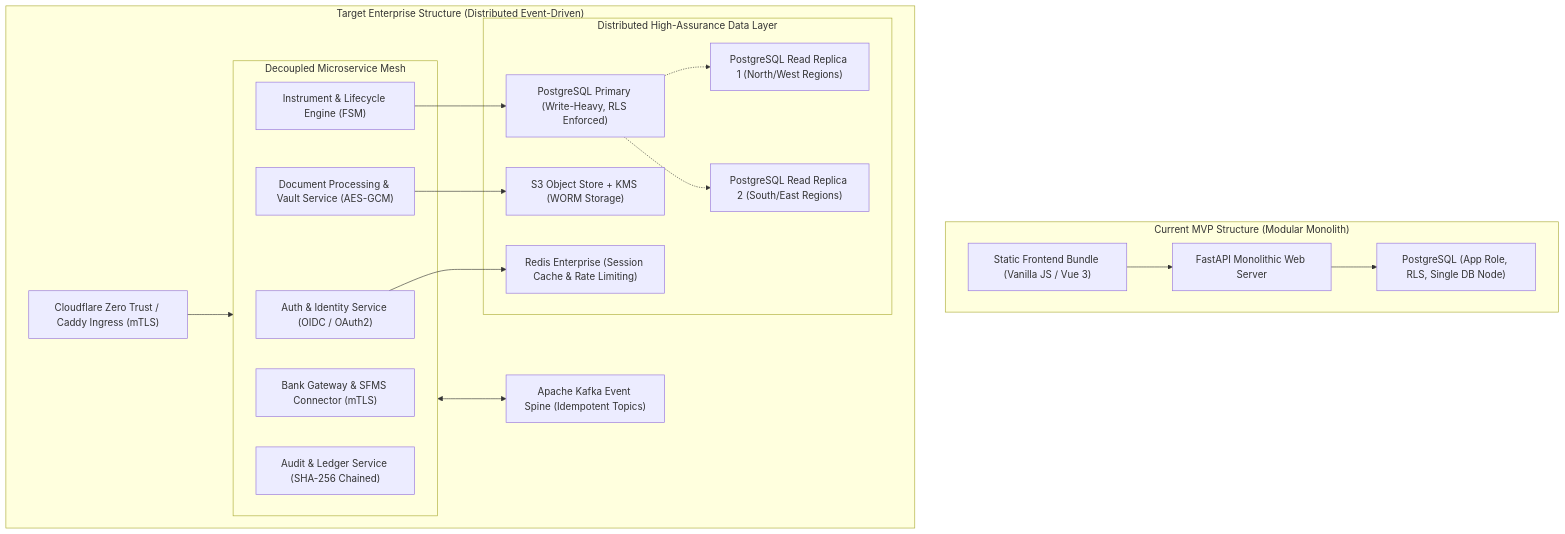
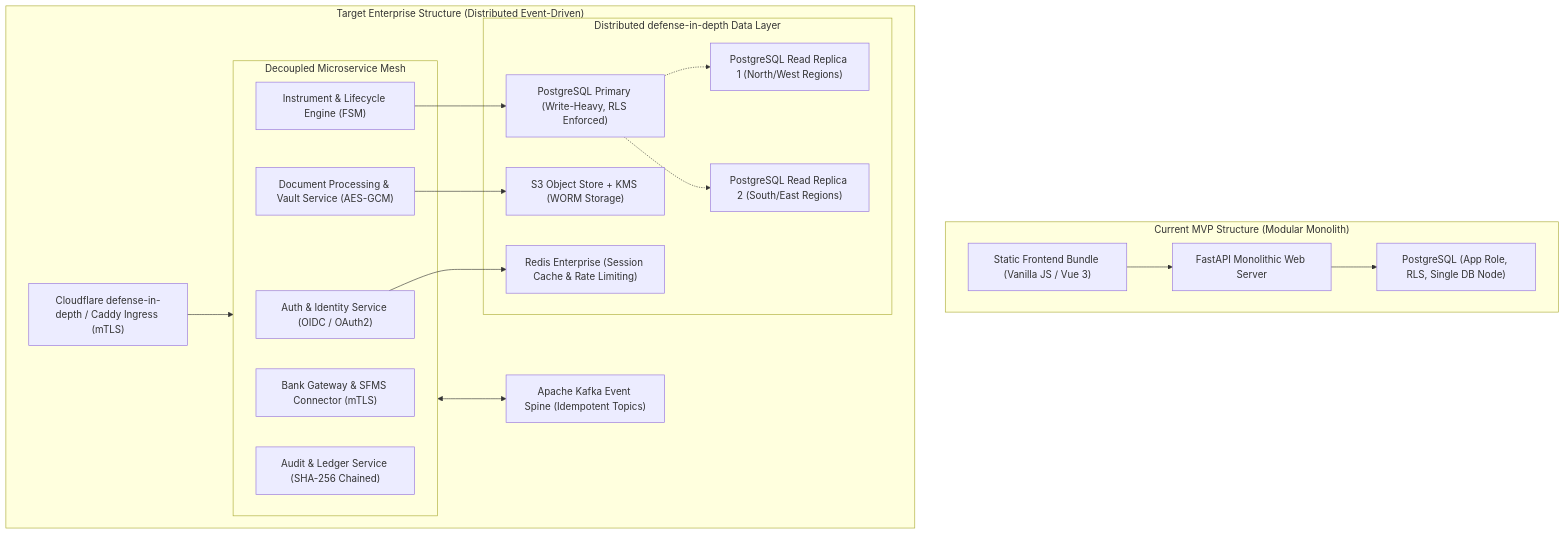
One commit to Sidd2721/AICTE- changed the second of 5 diagrams in docs/IMPACTS_IMPROVEMENTS_SECURITY_FRAUD_PREVENTION.md. Above: the diagram before and after it, drawn with Mermaid. The commit also changed other lines of this file and 24 other files, not shown here.

````diff
--- a/docs/IMPACTS_IMPROVEMENTS_SECURITY_FRAUD_PREVENTION.md
+++ b/docs/IMPACTS_IMPROVEMENTS_SECURITY_FRAUD_PREVENTION.md
@@ -92,40 +92,40 @@
 ```mermaid
 graph TB
     subgraph Current_MVP ["Current MVP Structure (Modular Monolith)"]
         FastAPI_App["FastAPI Monolithic Web Server"]
         Postgres_Single["PostgreSQL (App Role, RLS, Single DB Node)"]
         Vue_Frontend["Static Frontend Bundle (Vanilla JS / Vue 3)"]
         FastAPI_App --> Postgres_Single
         Vue_Frontend --> FastAPI_App
     end
 
     subgraph Target_Enterprise ["Target Enterprise Structure (Distributed Event-Driven)"]
-        Ingress["Cloudflare Zero Trust / Caddy Ingress (mTLS)"]
+        Ingress["Cloudflare defense-in-depth / Caddy Ingress (mTLS)"]
         
         subgraph Services ["Decoupled Microservice Mesh"]
             Auth_Svc["Auth & Identity Service (OIDC / OAuth2)"]
             Doc_Svc["Document Processing & Vault Service (AES-GCM)"]
             Bank_Svc["Bank Gateway & SFMS Connector (mTLS)"]
             Core_Svc["Instrument & Lifecycle Engine (FSM)"]
             Audit_Svc["Audit & Ledger Service (SHA-256 Chained)"]
         end
         
         Kafka_Bus["Apache Kafka Event Spine (Idempotent Topics)"]
         
-        subgraph Storage_Layer ["Distributed High-Assurance Data Layer"]
+        subgraph Storage_Layer ["Distributed defense-in-depth Data Layer"]
             PG_Primary["PostgreSQL Primary (Write-Heavy, RLS Enforced)"]
             PG_Replica1["PostgreSQL Read Replica 1 (North/West Regions)"]
             PG_Replica2["PostgreSQL Read Replica 2 (South/East Regions)"]
             S3_Vault["S3 Object Store + KMS (WORM Storage)"]
             Redis_Cluster["Redis Enterprise (Session Cache & Rate Limiting)"]
         end
 
         Ingress --> Services
         Services <--> Kafka_Bus
         Core_Svc --> PG_Primary
         PG_Primary -.-> PG_Replica1
         PG_Primary -.-> PG_Replica2
         Doc_Svc --> S3_Vault
         Auth_Svc --> Redis_Cluster
     end
 ```
````
